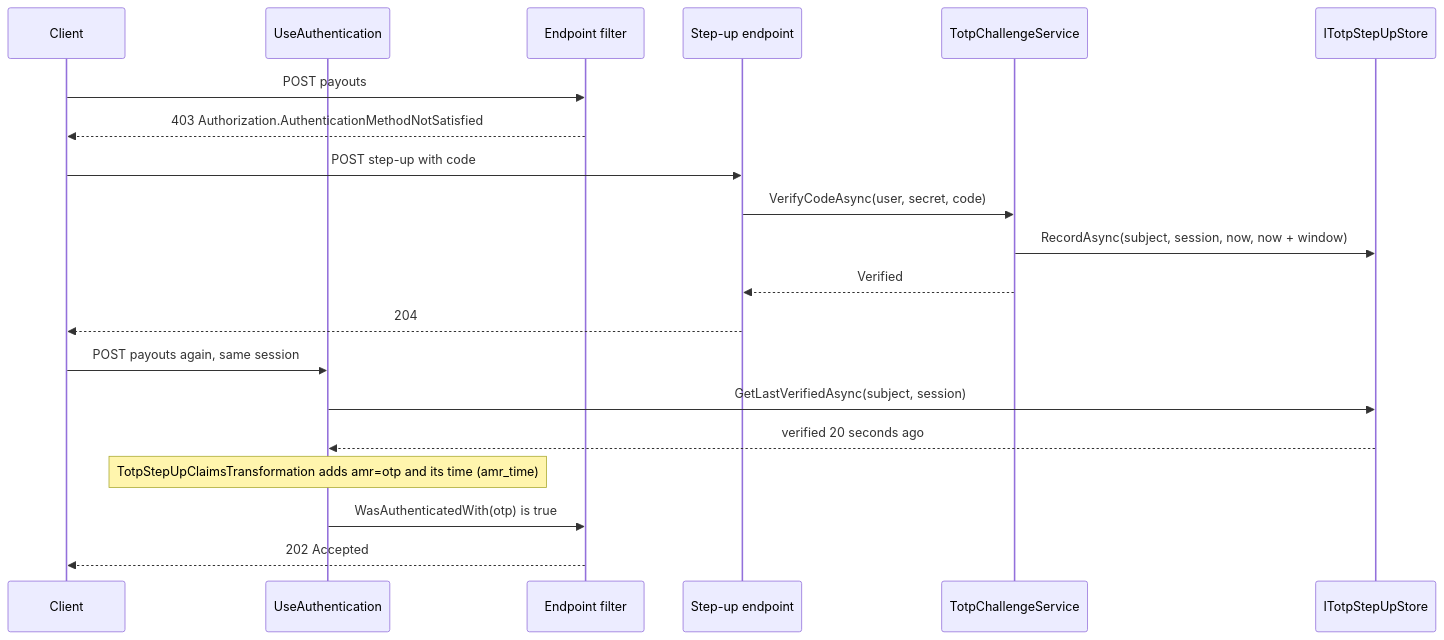
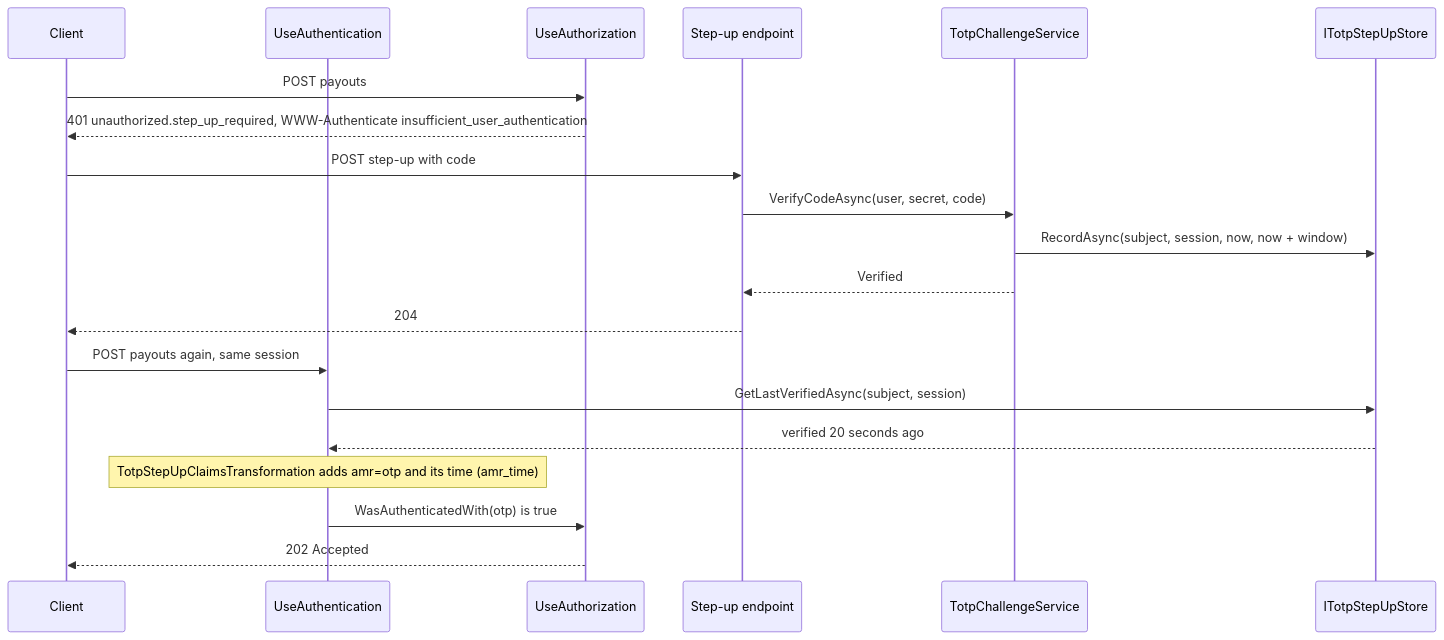
Before and after one commit to Gresta-Vertex-Labs/platform-shared-kernel: the second of 4 diagrams in 12.Security/SharedKernel.Security.Totp/README.md, drawn with Mermaid. The commit also changed other lines of this file and 39 other files, not shown here.

````diff
--- a/12.Security/SharedKernel.Security.Totp/README.md
+++ b/12.Security/SharedKernel.Security.Totp/README.md
@@ -190,22 +186,22 @@
 ```mermaid
 sequenceDiagram
     participant Client
     participant Auth as UseAuthentication
-    participant Filter as Endpoint filter
+    participant Authz as UseAuthorization
     participant StepUp as Step-up endpoint
     participant Challenge as TotpChallengeService
     participant Store as ITotpStepUpStore
-    Client->>Filter: POST payouts
-    Filter-->>Client: 403 Authorization.AuthenticationMethodNotSatisfied
+    Client->>Authz: POST payouts
+    Authz-->>Client: 401 unauthorized.step_up_required, WWW-Authenticate insufficient_user_authentication
     Client->>StepUp: POST step-up with code
     StepUp->>Challenge: VerifyCodeAsync(user, secret, code)
     Challenge->>Store: RecordAsync(subject, session, now, now + window)
     Challenge-->>StepUp: Verified
     StepUp-->>Client: 204
     Client->>Auth: POST payouts again, same session
     Auth->>Store: GetLastVerifiedAsync(subject, session)
     Store-->>Auth: verified 20 seconds ago
     Note over Auth: TotpStepUpClaimsTransformation adds amr=otp and its time (amr_time)
-    Auth->>Filter: WasAuthenticatedWith(otp) is true
-    Filter-->>Client: 202 Accepted
+    Auth->>Authz: WasAuthenticatedWith(otp) is true
+    Authz-->>Client: 202 Accepted
 ```
````
